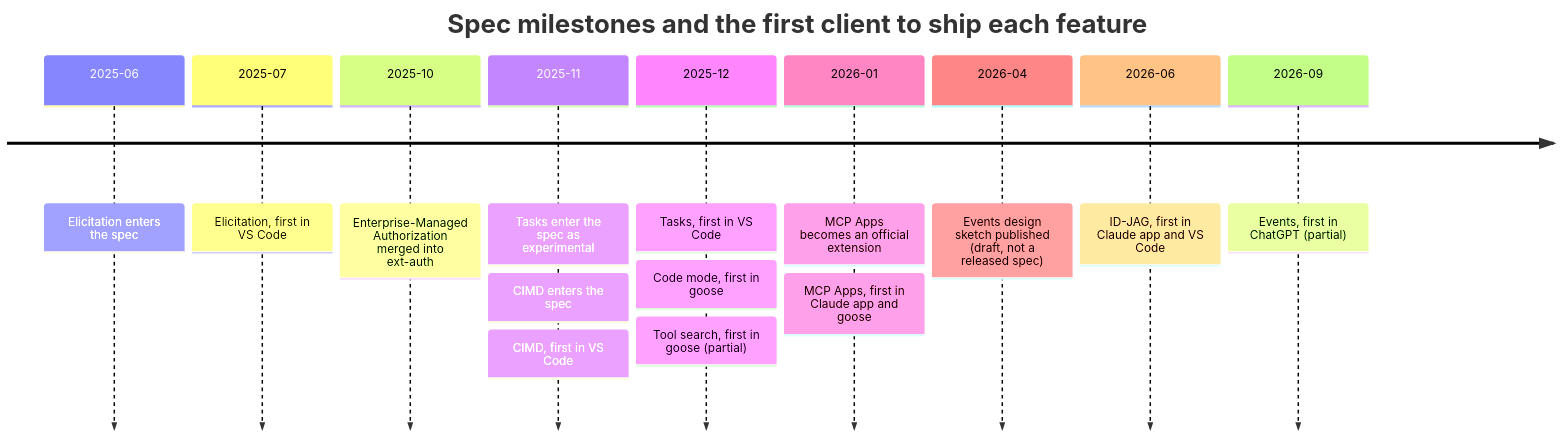
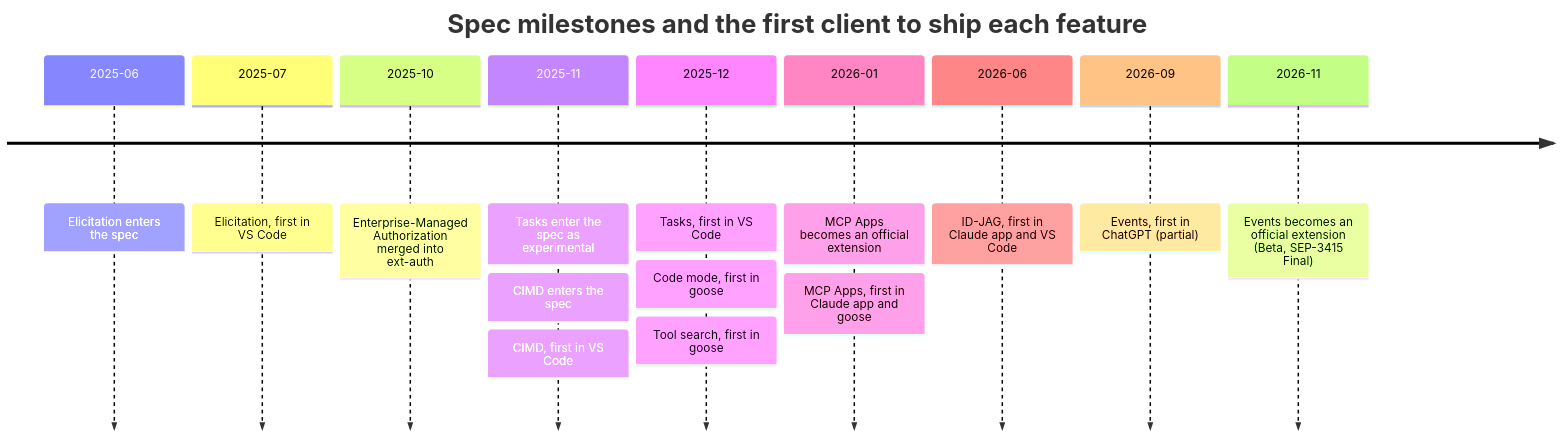
Before and after one commit to StackOneHQ/mcp-clients-scorecard: the first of 3 diagrams in README.md, drawn with Mermaid. The commit also changed other lines of this file and 54 other files, not shown here.

````diff
--- a/README.md
+++ b/README.md
@@ -98,13 +102,13 @@
 ```mermaid
 timeline
     title Spec milestones and the first client to ship each feature
     2025-06 : Elicitation enters the spec
     2025-07 : Elicitation, first in VS Code
     2025-10 : Enterprise-Managed Authorization merged into ext-auth
     2025-11 : Tasks enter the spec as experimental : CIMD enters the spec : CIMD, first in VS Code
-    2025-12 : Tasks, first in VS Code : Code mode, first in goose : Tool search, first in goose (partial)
+    2025-12 : Tasks, first in VS Code : Code mode, first in goose : Tool search, first in goose
     2026-01 : MCP Apps becomes an official extension : MCP Apps, first in Claude app and goose
-    2026-04 : Events design sketch published (draft, not a released spec)
     2026-06 : ID-JAG, first in Claude app and VS Code
     2026-09 : Events, first in ChatGPT (partial)
+    2026-11 : Events becomes an official extension (Beta, SEP-3415 Final)
 ```
````
